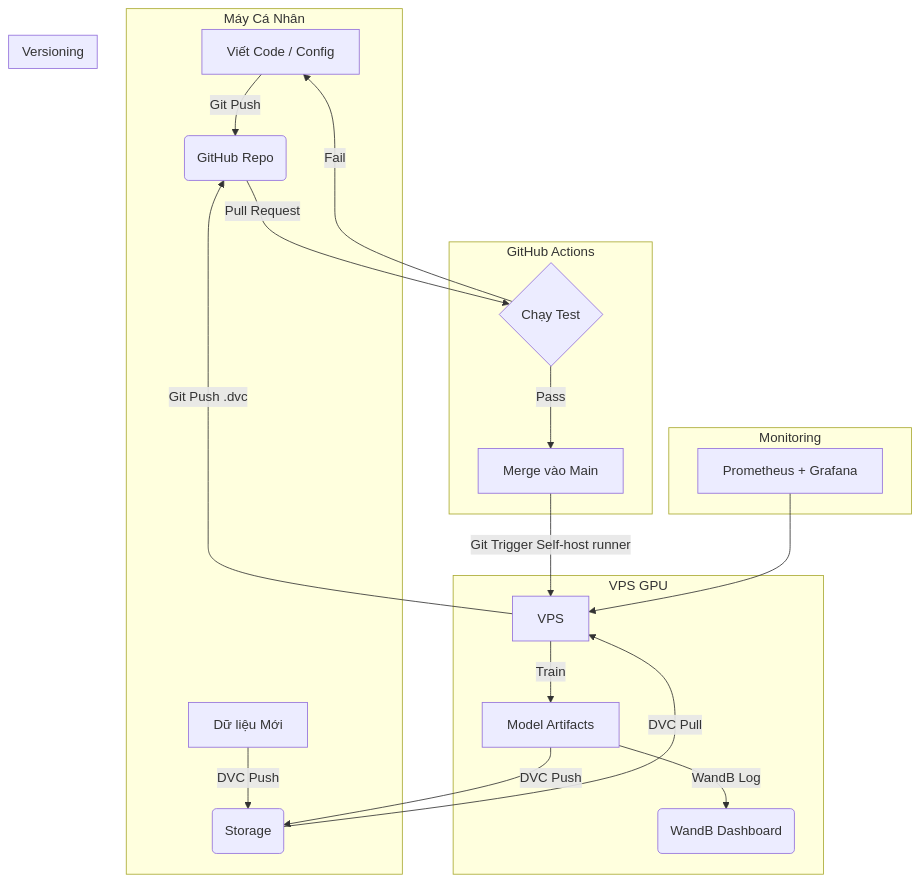
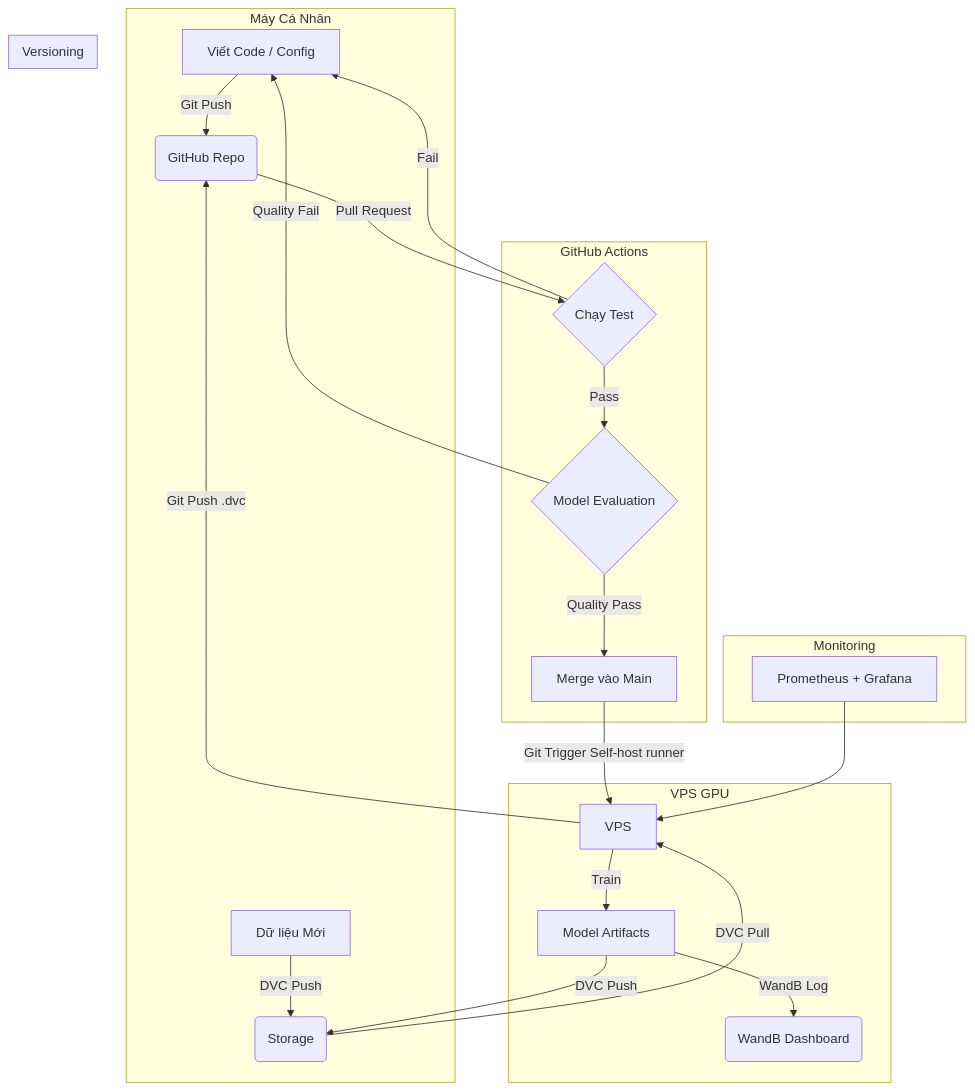
One commit to quangzp/mlops changed the diagram in README.md. Above: the diagram before and after it, drawn with Mermaid. The commit also changed other lines of this file and 170 other files, not shown here.

````diff
--- a/README.md
+++ b/README.md
@@ -141,28 +153,30 @@
 ```mermaid
 graph TD
     subgraph Local_Dev [Máy Cá Nhân]
         A[Viết Code / Config] -->|Git Push| B(GitHub Repo)
         C[Dữ liệu Mới] -->|DVC Push| D(Storage)
     end
 
     subgraph CI_CD [GitHub Actions]
         B -->|Pull Request| E{Chạy Test}
-        E -->|Pass| F[Merge vào Main]
+        E -->|Pass| E2{Model Evaluation}
+        E2 -->|Quality Pass| F[Merge vào Main]
+        E2 -->|Quality Fail| A
         E -->|Fail| A
     end
 
     subgraph Cloud_Training [VPS GPU]
         F -->|Git Trigger Self-host runner| G[VPS]
         D -->|DVC Pull| G
         G -->|Train| H[Model Artifacts]
         H -->|WandB Log| I(WandB Dashboard)
         H -->|DVC Push| D
     end
     subgraph Monitoring [Monitoring]
         K[Prometheus + Grafana] --> G[VPS]
     end
 
     subgraph Versioning
         G -->|Git Push .dvc| B
     end
 ```
````
